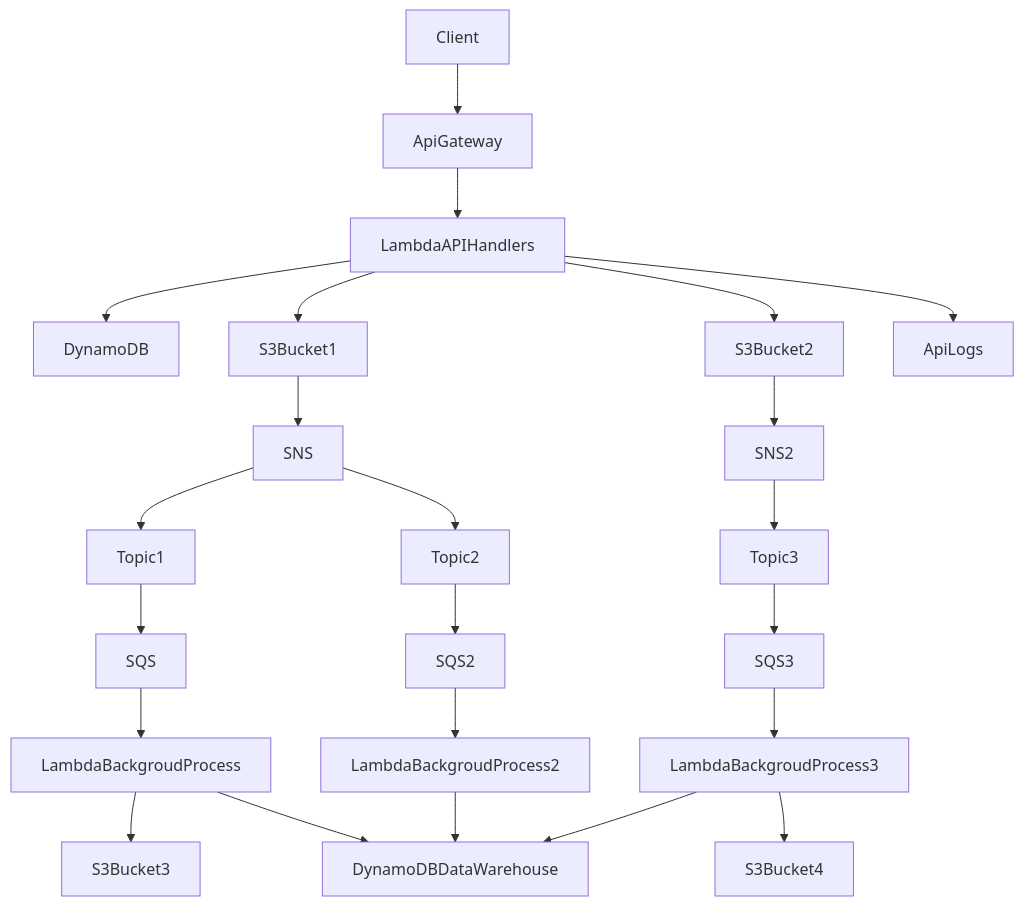
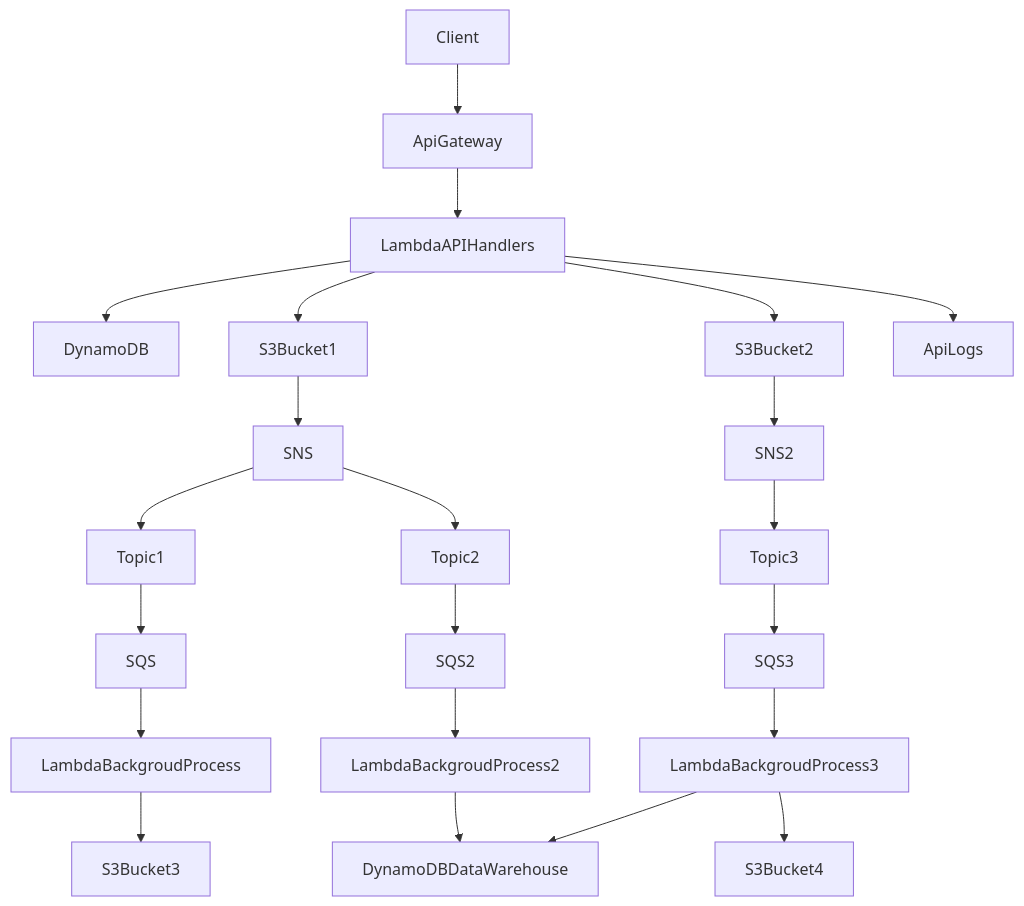
One commit to xreyc/serverless-framework changed the diagram in README.md. Above: the diagram before and after it, drawn with Mermaid.

````diff
--- a/README.md
+++ b/README.md
@@ -10,25 +10,24 @@
 ```mermaid
 graph TD;
     Client-->ApiGateway;
     ApiGateway-->LambdaAPIHandlers;
     LambdaAPIHandlers-->DynamoDB;
     LambdaAPIHandlers-->S3Bucket1;
     LambdaAPIHandlers-->S3Bucket2;
     LambdaAPIHandlers-->ApiLogs;
     S3Bucket1-->SNS;
     SNS-->Topic1;
     SNS-->Topic2;
     Topic1-->SQS;
     SQS-->LambdaBackgroudProcess;
     LambdaBackgroudProcess-->S3Bucket3;
-    LambdaBackgroudProcess-->DynamoDBDataWarehouse;
     Topic2-->SQS2;
     SQS2-->LambdaBackgroudProcess2;
     LambdaBackgroudProcess2-->DynamoDBDataWarehouse;
     S3Bucket2-->SNS2;
     SNS2-->Topic3;
     Topic3-->SQS3;
     SQS3-->LambdaBackgroudProcess3;
     LambdaBackgroudProcess3-->DynamoDBDataWarehouse;
     LambdaBackgroudProcess3-->S3Bucket4;
 ```
````
